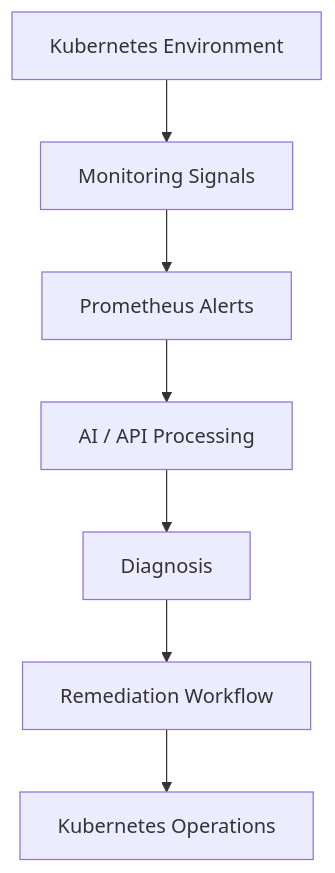
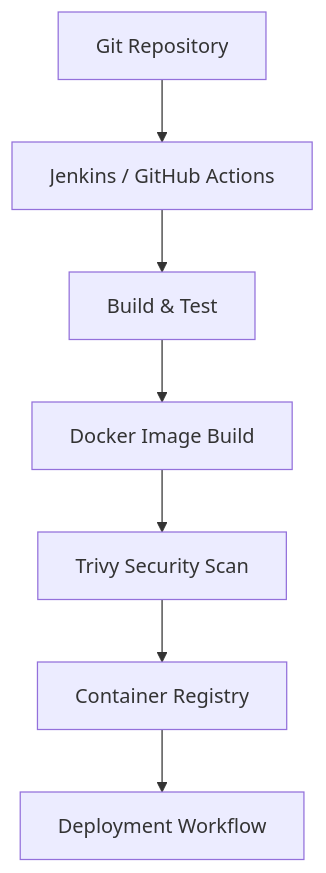
One commit to manesaurabh1704-devops/manesaurabh1704-devops changed the seventh of 8 diagrams in README.md. Above: the diagram before and after it, drawn with Mermaid. The commit also changed other lines of this file, not shown here.

````diff
--- a/README.md
+++ b/README.md
@@ -399,9 +440,9 @@
 ```mermaid
 flowchart TD
-    A["Kubernetes Environment"] --> B["Monitoring Signals"]
-    B --> C["Prometheus Alerts"]
-    C --> D["AI / API Processing"]
-    D --> E["Diagnosis"]
-    E --> F["Remediation Workflow"]
-    F --> G["Kubernetes Operations"]
+    A["Git Repository"] --> B["Jenkins / GitHub Actions"]
+    B --> C["Build & Test"]
+    C --> D["Docker Image Build"]
+    D --> E["Trivy Security Scan"]
+    E --> F["Container Registry"]
+    F --> G["Deployment Workflow"]
 ```
````
